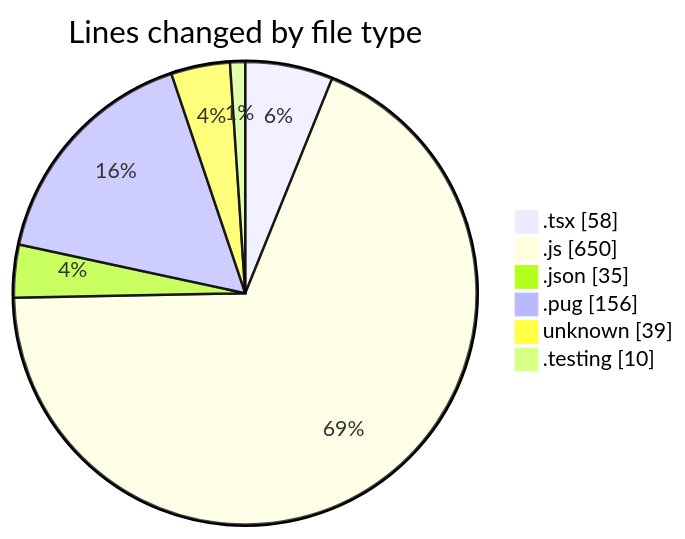
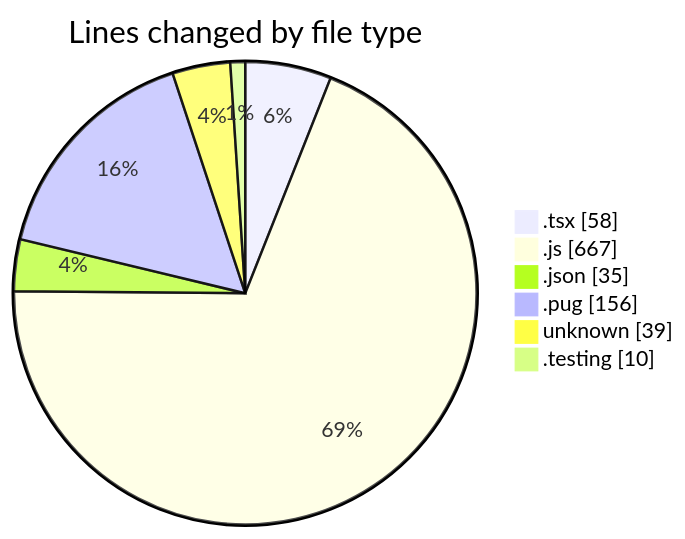
Before and after one commit to momahboobian/code-tracking: the first of 2 diagrams in 2025-03-07/cda/README.md, drawn with Mermaid. The commit also changed other lines of this file and 1 other file, not shown here.

````diff
--- a/2025-03-07/cda/README.md
+++ b/2025-03-07/cda/README.md
@@ -27,10 +27,10 @@
 ```mermaid
 pie showData
 title Lines changed by file type
 ".tsx" : 58
-".js" : 650
+".js" : 667
 ".json" : 35
 ".pug" : 156
 "unknown" : 39
 ".testing" : 10
 ```
````
